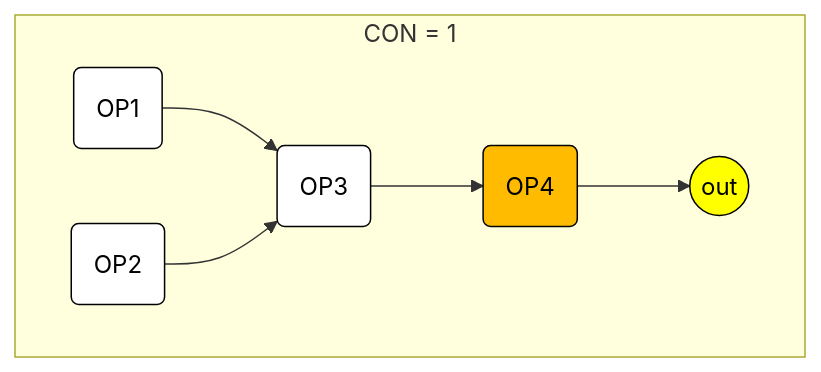
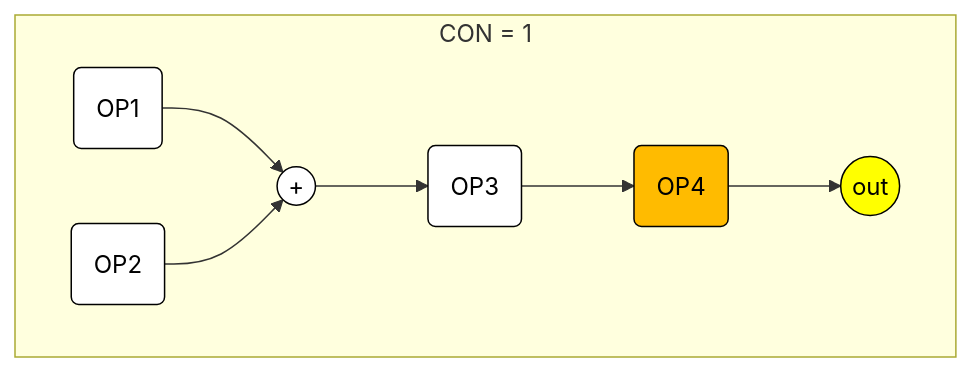
One commit to lineardrive/V3MMLmanual changed the second of 14 diagrams in docs/ch06/6_56.md. Above: the diagram before and after it, drawn with Mermaid. The commit also changed other lines of this file and 1 other file, not shown here.

Commit message:
CON図更新

````diff
--- a/docs/ch06/6_56.md
+++ b/docs/ch06/6_56.md
@@ -45,13 +45,14 @@
 ```mermaid
 flowchart LR
   subgraph CON["CON = 1"]
     direction LR
-    OP1("OP1") --> OP3("OP3") --> OP4("OP4") --> OUT(("out"))
-    OP2("OP2") --> OP3("OP3")
+    OP1("OP1") --> S(("+")) --> OP3("OP3") --> OP4("OP4") --> OUT(("out"))
+    OP2("OP2") --> S(("+"))
   end
 style OP1 fill:#fff, stroke:#000, color:#000
 style OP2 fill:#fff, stroke:#000, color:#000
 style OP3 fill:#fff, stroke:#000, color:#000
 style OP4 fill:#fb0, stroke:#000, color:#000
+style S   fill:#fff, stroke:#000, color:#000
 style OUT fill:#ff0, stroke:#000, color:#000
 ```
````
